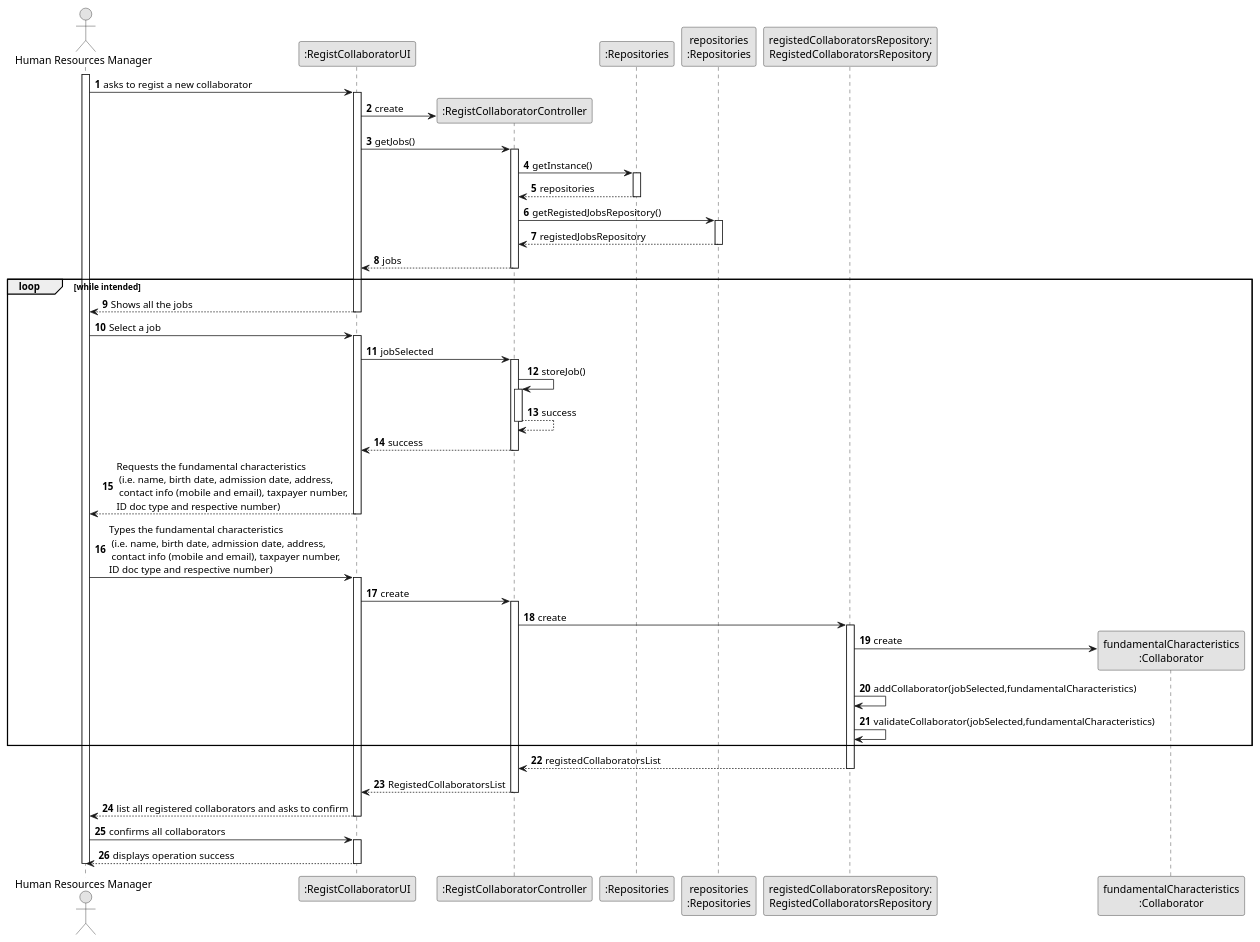
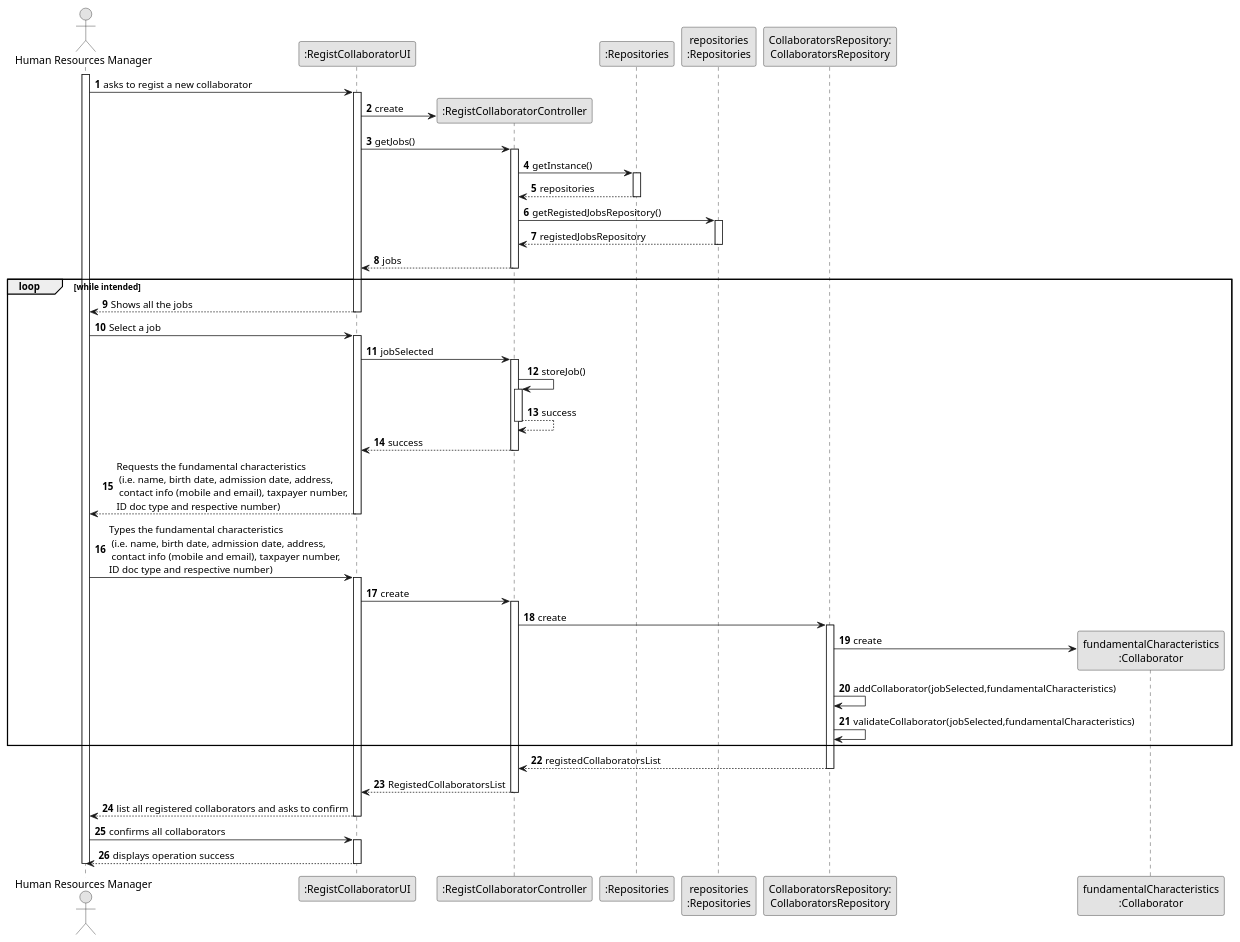
Before and after one commit to 1231360-ISEP/lei-24-s2-1db-g021: the diagram in docs/sprint2/us003/03.design/puml/us003-sequence-diagram-full.puml, drawn with PlantUML. The commit also changed 22 other files, not shown here.

Commit message:
Update US01 and US05 - Class Diagram and SVG.

```diff
--- a/docs/sprint2/us003/03.design/puml/us003-sequence-diagram-full.puml
+++ b/docs/sprint2/us003/03.design/puml/us003-sequence-diagram-full.puml
@@ -1,96 +1,96 @@
 @startuml
 skinparam monochrome true
 skinparam packageStyle rectangle
 skinparam shadowing false
 
 autonumber
 
 'hide footbox
 actor "Human Resources Manager" as ADM
 participant ":RegistCollaboratorUI" as UI
 participant ":RegistCollaboratorController" as CTRL
 participant ":Repositories" as RepositorySingleton
 participant "repositories\n:Repositories" as PLAT
-participant "registedCollaboratorsRepository:\nRegistedCollaboratorsRepository" as RegistedCollaboratorsRepository
+participant "CollaboratorsRepository:\nCollaboratorsRepository" as CollaboratorsRepository
 participant "fundamentalCharacteristics\n:Collaborator" as Data
 
 activate ADM
 
         ADM -> UI : asks to regist a new collaborator
 
         activate UI
 
 '            UI --> ADM : requests data (reference, description,  informal \n description, technical description, duration, cost)
             'create CTRL
             UI -> CTRL** : create
 
             UI -> CTRL : getJobs()
             activate CTRL
 
                 CTRL -> RepositorySingleton : getInstance()
                 activate RepositorySingleton
 
                     RepositorySingleton --> CTRL: repositories
                 deactivate RepositorySingleton
 
                 CTRL -> PLAT : getRegistedJobsRepository()
                 activate PLAT
 
                     PLAT --> CTRL: registedJobsRepository
                 deactivate PLAT
 
                 CTRL --> UI : jobs
             deactivate CTRL
         loop while intended
             UI --> ADM : Shows all the jobs
         deactivate UI
 
     ADM -> UI : Select a job
     activate UI
 
             UI -> CTRL : jobSelected
                 activate CTRL
                 CTRL -> CTRL : storeJob()
 
                 activate CTRL
                     CTRL --> CTRL : success
                 deactivate CTRL
 
                 CTRL --> UI : success
             deactivate CTRL
 
             UI --> ADM : Requests the fundamental characteristics\n (i.e. name, birth date, admission date, address,\n contact info (mobile and email), taxpayer number,\nID doc type and respective number)
         deactivate UI
 
     ADM -> UI : Types the fundamental characteristics\n (i.e. name, birth date, admission date, address,\n contact info (mobile and email), taxpayer number,\nID doc type and respective number)
     activate UI
         UI -> CTRL: create
 
         activate CTRL
-            CTRL -> RegistedCollaboratorsRepository : create
+            CTRL -> CollaboratorsRepository : create
 
-            activate RegistedCollaboratorsRepository
-                RegistedCollaboratorsRepository -> Data**: create
-                RegistedCollaboratorsRepository -> RegistedCollaboratorsRepository: addCollaborator(jobSelected,fundamentalCharacteristics)
-                RegistedCollaboratorsRepository -> RegistedCollaboratorsRepository: validateCollaborator(jobSelected,fundamentalCharacteristics)
+            activate CollaboratorsRepository
+                CollaboratorsRepository -> Data**: create
+                CollaboratorsRepository -> CollaboratorsRepository: addCollaborator(jobSelected,fundamentalCharacteristics)
+                CollaboratorsRepository -> CollaboratorsRepository: validateCollaborator(jobSelected,fundamentalCharacteristics)
         end
-                RegistedCollaboratorsRepository --> CTRL : registedCollaboratorsList
-            deactivate RegistedCollaboratorsRepository
+                CollaboratorsRepository --> CTRL : registedCollaboratorsList
+            deactivate CollaboratorsRepository
 
             CTRL --> UI : RegistedCollaboratorsList
 
         deactivate CTRL
 
         UI --> ADM : list all registered collaborators and asks to confirm
 
     deactivate UI
 
     ADM -> UI : confirms all collaborators
 
     activate UI
     UI --> ADM : displays operation success
     deactivate UI
 
 deactivate ADM
 
 @enduml
```
